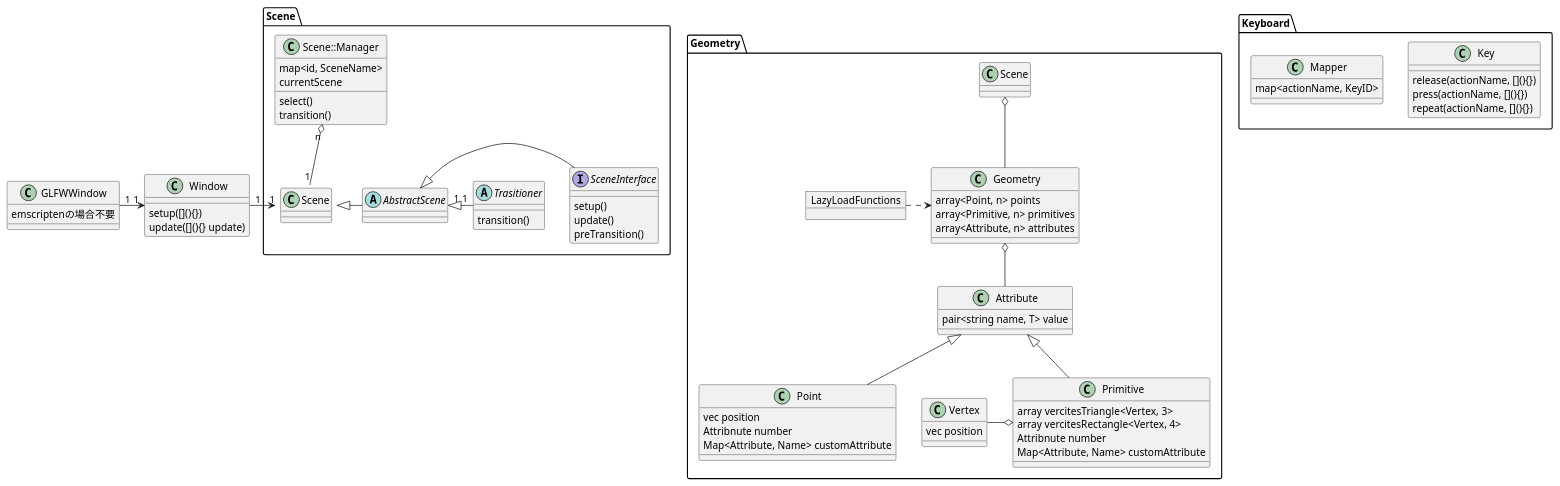
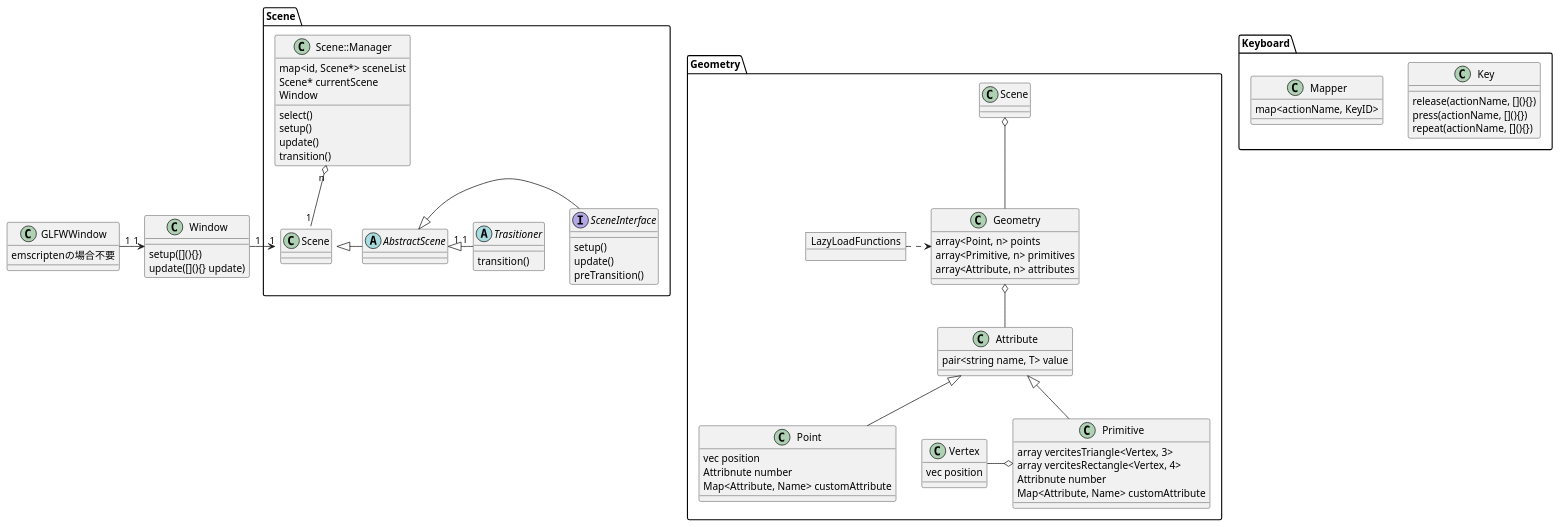
Before and after one commit to thu0x31/Learn_OpenGL_and_Managers: the diagram in UML/classs.pu, drawn with PlantUML.

Commit message:
uml changed

```diff
--- a/UML/classs.pu
+++ b/UML/classs.pu
@@ -1,98 +1,104 @@
 @startuml thux
 ' eventは各自のオブジェクトが持ちたい
 
 class GLFWWindow {
     emscriptenの場合不要
 }
 GLFWWindow "1" -> "1" Window
 
 class Window {
     setup([](){})
     update([](){} update)
 }
 ' Window --> Scene
 ' Window --> Geometry
 
 package Scene {
     Window "1" -> "1" Scene::Manager
     
     class Scene::Manager {
-        map<id, SceneName>
-        currentScene
+        'compile time
+        map<id, Scene*> sceneList 
+        ' str?
+        Scene* currentScene
+        Window
+
         select()
+        setup()
+        update()
         transition()
     }
     Scene::Manager "n" o-- "1" Scene
 
     Scene <|- AbstractScene
     abstract AbstractScene {
     }
 
     AbstractScene  <|- SceneInterface
     interface SceneInterface {
         setup()
         update()
         preTransition()
     }
 
     AbstractScene "1" <|- "1" Trasitioner
     abstract Trasitioner {
         transition()
     }
 }
 
 package Keyboard {
     ' 1 : n ? key('e')
     ' 1 : 1 key().press('e')
     class Key {
         release(actionName, [](){})
         press(actionName, [](){})
         repeat(actionName, [](){})
     }
 
     class Mapper {
         map<actionName, KeyID>
     }
 }
 
 package Geometry {
     class Geometry {
         array<Point, n> points
         array<Primitive, n> primitives
         array<Attribute, n> attributes
     }
     Scene o-- Geometry
 
     Geometry o-- Attribute
 
     object LazyLoadFunctions {
 
     }
     LazyLoadFunctions .> Geometry
 
     class Attribute {
         pair<string name, T> value
     }
 
     class Point {
         vec position
         Attribnute number
         Map<Attribute, Name> customAttribute
     }
     Attribute <|-- Point
 
     class Primitive {
         array vercitesTriangle<Vertex, 3>
         array vercitesRectangle<Vertex, 4>
         Attribnute number
         Map<Attribute, Name> customAttribute
     }
     Attribute <|-- Primitive
 
     class Vertex {
         vec position
     }
     Vertex -o Primitive
     ' Vertex <|- Attribute
 }
 @enduml
```
